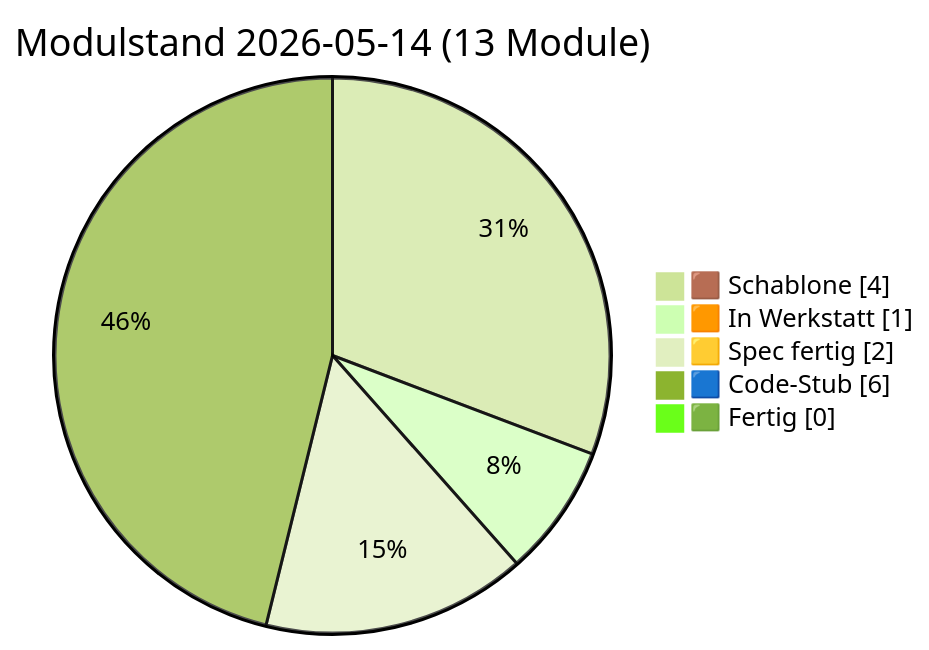
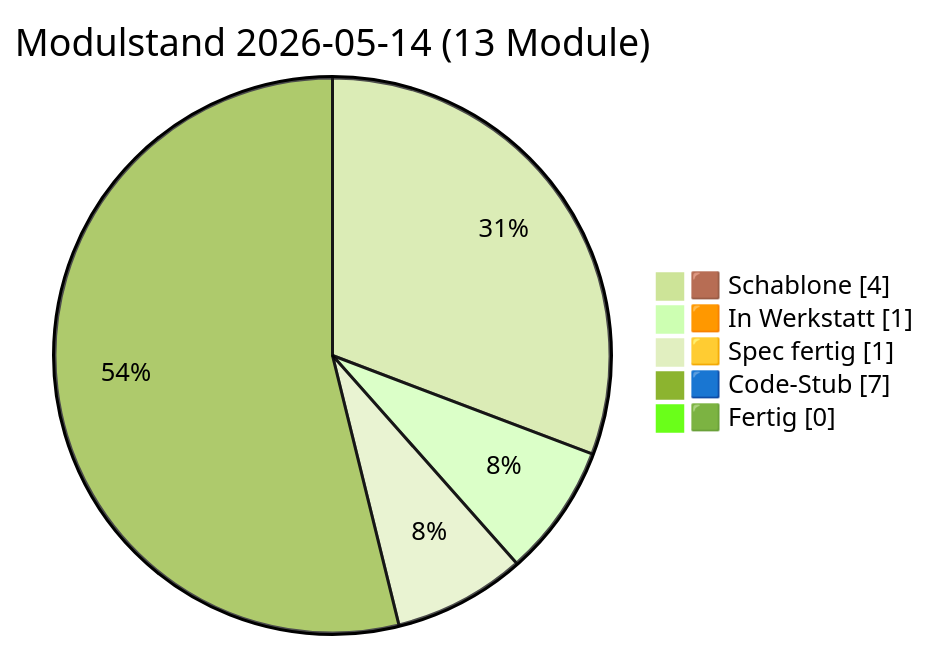
The diagram in docs/PULS.md (lausiklauskn-png/Sage-Protokol), drawn with Mermaid (forest theme) before and after one commit. The commit also changed other lines of this file and 7 other files, not shown here.

````diff
--- a/docs/PULS.md
+++ b/docs/PULS.md
@@ -16,9 +16,9 @@
 ```mermaid
 pie showData
   title Modulstand 2026-05-14 (13 Module)
   "🟫 Schablone" : 4
   "🟧 In Werkstatt" : 1
-  "🟨 Spec fertig" : 2
-  "🟦 Code-Stub" : 6
+  "🟨 Spec fertig" : 1
+  "🟦 Code-Stub" : 7
   "🟩 Fertig" : 0
 ```
````
